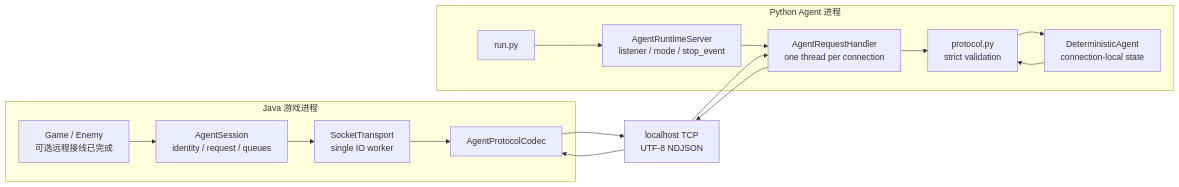
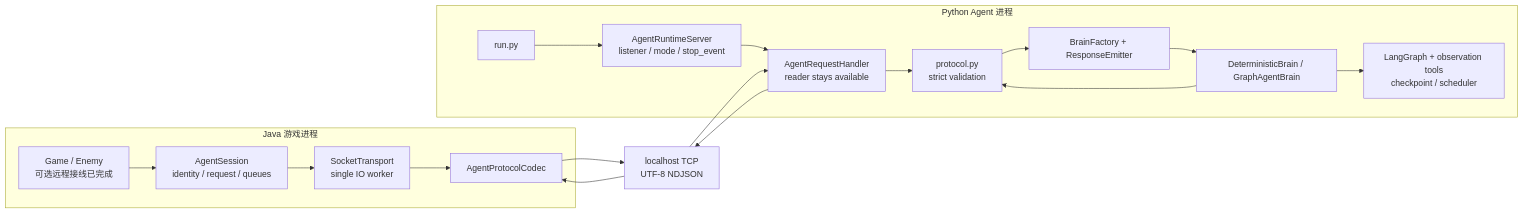
Before and after one commit to ericdonno/cs61b-std: the second of 12 diagrams in proj2/agentarchitecture.md, drawn with Mermaid. The commit also changed other lines of this file and 56 other files, not shown here.

````diff
--- a/proj2/agentarchitecture.md
+++ b/proj2/agentarchitecture.md
@@ -241,34 +243,38 @@
 ```mermaid
 flowchart LR
     subgraph JAVA["Java 游戏进程"]
         GAME["Game / Enemy<br/>可选远程接线已完成"]
         SESSION["AgentSession<br/>identity / request / queues"]
         TRANSPORT["SocketTransport<br/>single IO worker"]
         CODEC_J["AgentProtocolCodec"]
 
         GAME --> SESSION
         SESSION --> TRANSPORT
         TRANSPORT --> CODEC_J
     end
 
     TCP["localhost TCP<br/>UTF-8 NDJSON"]
 
     subgraph PYTHON["Python Agent 进程"]
         CLI["run.py"]
         SERVER["AgentRuntimeServer<br/>listener / mode / stop_event"]
-        HANDLER["AgentRequestHandler<br/>one thread per connection"]
+        HANDLER["AgentRequestHandler<br/>reader stays available"]
         CODEC_P["protocol.py<br/>strict validation"]
-        BRAIN["DeterministicAgent<br/>connection-local state"]
+        FACTORY["BrainFactory + ResponseEmitter"]
+        BRAIN["DeterministicBrain / GraphAgentBrain"]
+        GRAPH["LangGraph + observation tools<br/>checkpoint / scheduler"]
 
         CLI --> SERVER
         SERVER --> HANDLER
         HANDLER --> CODEC_P
-        CODEC_P --> BRAIN
+        CODEC_P --> FACTORY
+        FACTORY --> BRAIN
+        BRAIN --> GRAPH
         BRAIN --> CODEC_P
     end
 
     CODEC_J --> TCP
     TCP --> CODEC_J
     TCP --> HANDLER
     HANDLER --> TCP
 ```
````
